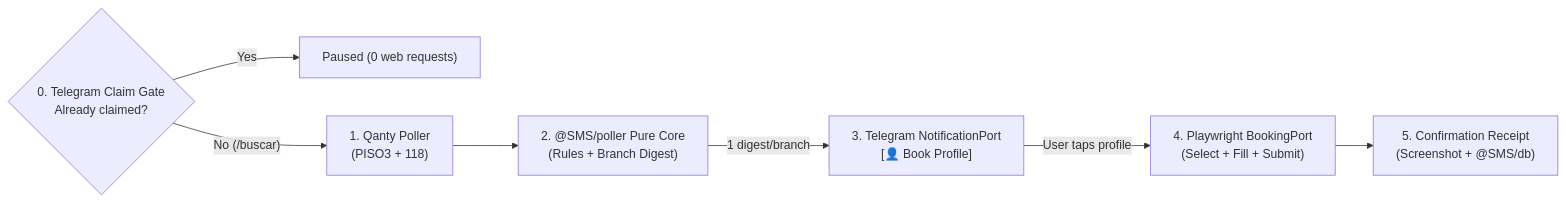
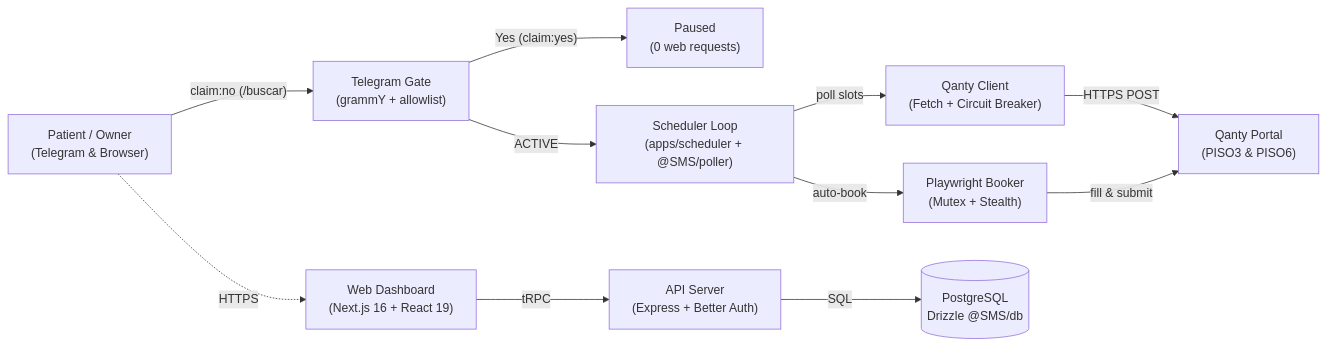
Before and after one commit to aleocampodev/SMS-Smart-Medicine-Scheduler: the diagram in README.md, drawn with Mermaid. The commit also changed other lines of this file and 4 other files, not shown here.

Commit message:
feat(scheduler): add daily afternoon claim-check prompt and architecture diagram link

````diff
--- a/README.md
+++ b/README.md
@@ -28,9 +30,14 @@
 ```mermaid
 flowchart LR
-    G{"0. Telegram Claim Gate\nAlready claimed?"} -- "Yes" --> P["Paused (0 web requests)"]
-    G -- "No (/buscar)" --> A["1. Qanty Poller\n(PISO3 + 118)"]
-    A --> B["2. @SMS/poller Pure Core\n(Rules + Branch Digest)"]
-    B -- "1 digest/branch" --> C["3. Telegram NotificationPort\n[👤 Book Profile]"]
-    C -- "User taps profile" --> D["4. Playwright BookingPort\n(Select + Fill + Submit)"]
-    D --> E["5. Confirmation Receipt\n(Screenshot + @SMS/db)"]
+    U["Patient / Owner\n(Telegram & Browser)"] -- "claim:no (/buscar)" --> TG["Telegram Gate\n(grammY + allowlist)"]
+    TG -- "Yes (claim:yes)" --> P["Paused\n(0 web requests)"]
+    TG -- "ACTIVE" --> S["Scheduler Loop\n(apps/scheduler + @SMS/poller)"]
+    S -- "poll slots" --> QC["Qanty Client\n(Fetch + Circuit Breaker)"]
+    QC -- "HTTPS POST" --> QP["Qanty Portal\n(PISO3 & PISO6)"]
+    S -- "auto-book" --> PB["Playwright Booker\n(Mutex + Stealth)"]
+    PB -- "fill & submit" --> QP
+
+    U -. "HTTPS" .-> WEB["Web Dashboard\n(Next.js 16 + React 19)"]
+    WEB -- "tRPC" --> API["API Server\n(Express + Better Auth)"]
+    API -- "SQL" --> DB[("PostgreSQL\nDrizzle @SMS/db")]
 ```
````
